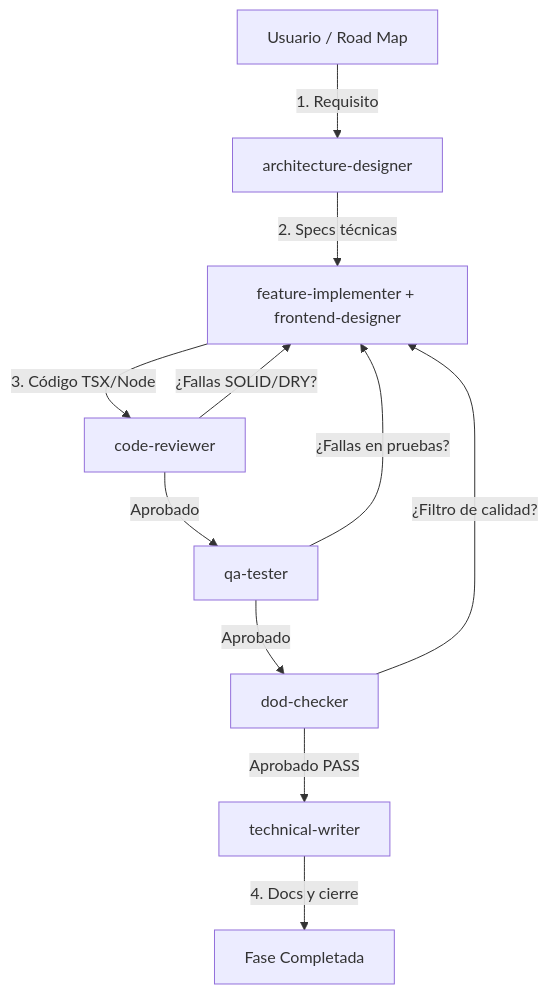
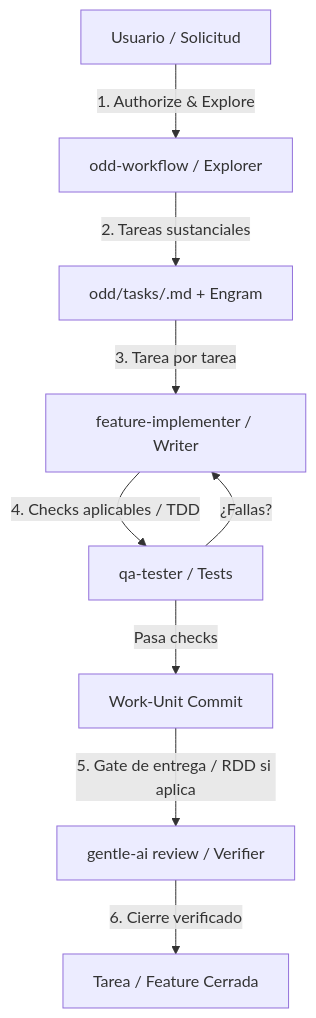
The diagram in AGENTS.md (NastaFour/skillsGV), drawn with Mermaid before and after one commit. The commit also changed other lines of this file and 12 other files, not shown here.

Commit message:
docs(process): align AGENTS and README to gentle-ai 4.0 ODD-only

````diff
--- a/AGENTS.md
+++ b/AGENTS.md
@@ -45,13 +45,11 @@
 ```mermaid
 flowchart TD
-    A["Usuario / Road Map"] -->|1. Requisito| B["architecture-designer"]
-    B -->|2. Specs técnicas| C["feature-implementer + frontend-designer"]
-    C -->|3. Código TSX/Node| D["code-reviewer"]
-    D -->|¿Fallas SOLID/DRY?| C
-    D -->|Aprobado| E["qa-tester"]
-    E -->|¿Fallas en pruebas?| C
-    E -->|Aprobado| F["dod-checker"]
-    F -->|¿Filtro de calidad?| C
-    F -->|Aprobado PASS| G["technical-writer"]
-    G -->|4. Docs y cierre| H["Fase Completada"]
+    A["Usuario / Solicitud"] -->|1. Authorize & Explore| B["odd-workflow / Explorer"]
+    B -->|2. Tareas sustanciales| C["odd/tasks/<feature>.md + Engram"]
+    C -->|3. Tarea por tarea| D["feature-implementer / Writer"]
+    D -->|4. Checks aplicables / TDD| E["qa-tester / Tests"]
+    E -->|¿Fallas?| D
+    E -->|Pasa checks| F["Work-Unit Commit"]
+    F -->|5. Gate de entrega / RDD si aplica| G["gentle-ai review / Verifier"]
+    G -->|6. Cierre verificado| H["Tarea / Feature Cerrada"]
 ```
````
